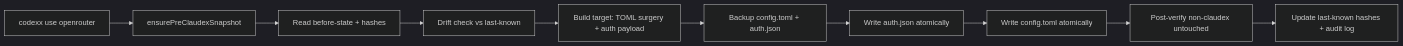
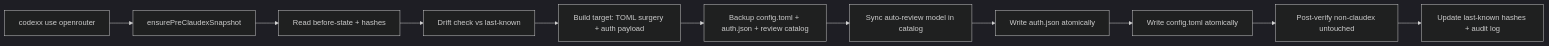
One commit to guihai24/claudex-cli changed the second of 2 diagrams in README.md. Above: the diagram before and after it, drawn with Mermaid (dark theme). The commit also changed other lines of this file and 19 other files, not shown here.

Commit message:
feat(codexx): sync auto-review model with provider switches

````diff
--- a/README.md
+++ b/README.md
@@ -507,12 +513,13 @@
 ```mermaid
 graph LR
     A[codexx use openrouter] --> B[ensurePreClaudexSnapshot]
     B --> C[Read before-state + hashes]
     C --> D[Drift check vs last-known]
     D --> E[Build target: TOML surgery + auth payload]
-    E --> F[Backup config.toml + auth.json]
-    F --> G[Write auth.json atomically]
-    G --> H[Write config.toml atomically]
-    H --> I[Post-verify non-claudex untouched]
-    I --> J[Update last-known hashes + audit log]
+    E --> F[Backup config.toml + auth.json + review catalog]
+    F --> G[Sync auto-review model in catalog]
+    G --> H[Write auth.json atomically]
+    H --> I[Write config.toml atomically]
+    I --> J[Post-verify non-claudex untouched]
+    J --> K[Update last-known hashes + audit log]
 ```
````
